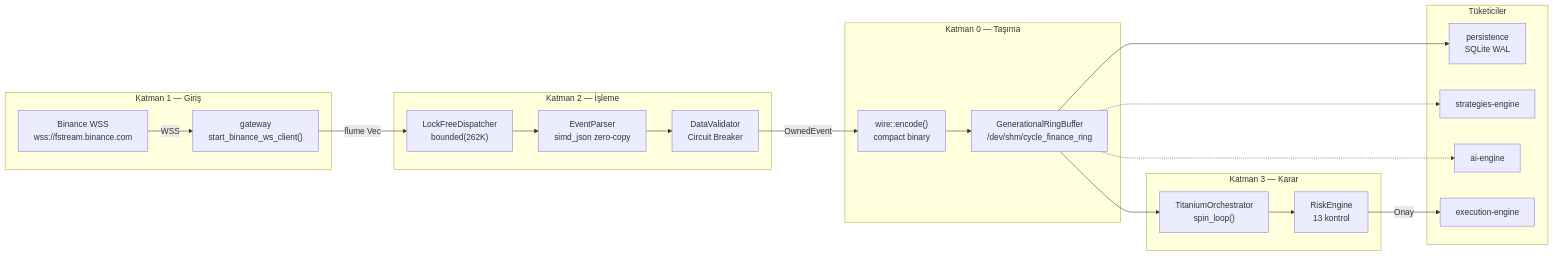
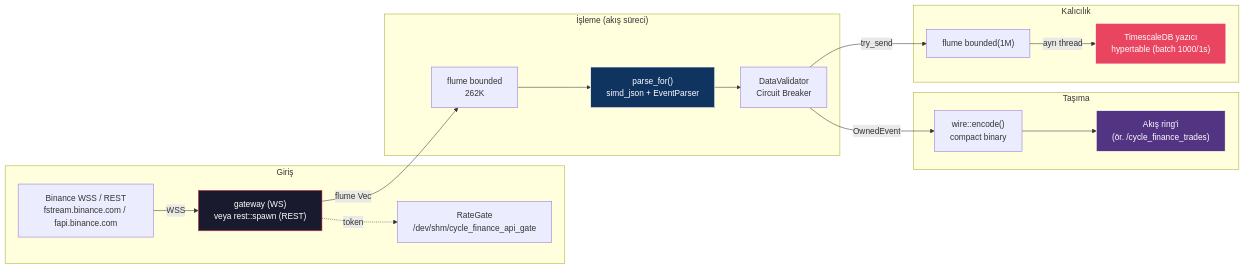
Before and after one commit to Quant-Trade-Lab-Community/cycle_finance_bot: the eighth of 10 diagrams in cycle-engine/cycle_engine_architecture.md, drawn with Mermaid. The commit also changed other lines of this file and 105 other files, not shown here.

Commit message:
feat: flows veri hattı — 8 bağımsız akış (WS/REST → ring → TimescaleDB), rate gate, REST fallback + weight izleme; price-feed kaldırıldı; ai-engine & unused_services Desktop'a taşındı

````diff
--- a/cycle-engine/cycle_engine_architecture.md
+++ b/cycle-engine/cycle_engine_architecture.md
@@ -417,43 +542,39 @@
 ```mermaid
 flowchart LR
-    subgraph "Katman 1 — Giriş"
-        BN["Binance WSS<br/>wss://fstream.binance.com"]
-        GW["gateway<br/>start_binance_ws_client()"]
+    subgraph "Giriş"
+        BN["Binance WSS / REST<br/>fstream.binance.com / fapi.binance.com"]
+        GW["gateway (WS)<br/>veya rest::spawn (REST)"]
+        RG["RateGate<br/>/dev/shm/cycle_finance_api_gate"]
     end
     
-    subgraph "Katman 2 — İşleme"
-        Q["LockFreeDispatcher<br/>bounded(262K)"]
-        EP["EventParser<br/>simd_json zero-copy"]
+    subgraph "İşleme (akış süreci)"
+        Q["flume bounded<br/>262K"]
+        EP["parse_for()<br/>simd_json + EventParser"]
         DV["DataValidator<br/>Circuit Breaker"]
     end
     
-    subgraph "Katman 0 — Taşıma"
+    subgraph "Taşıma"
         WE["wire::encode()<br/>compact binary"]
-        RB["GenerationalRingBuffer<br/>/dev/shm/cycle_finance_ring"]
+        RB["Akış ring'i<br/>(ör. /cycle_finance_trades)"]
     end
     
-    subgraph "Katman 3 — Karar"
-        TO["TitaniumOrchestrator<br/>spin_loop()"]
-        RE["RiskEngine<br/>13 kontrol"]
-    end
-    
-    subgraph "Tüketiciler"
-        DB["persistence<br/>SQLite WAL"]
-        ST["strategies-engine"]
-        AI["ai-engine"]
-        EX["execution-engine"]
+    subgraph "Kalıcılık"
+        DBQ["flume bounded(1M)"]
+        DB["TimescaleDB yazıcı<br/>hypertable (batch 1000/1s)"]
     end
 
     BN -->|WSS| GW
+    GW -.->|"token"| RG
     GW -->|"flume Vec<u8>"| Q
     Q --> EP
     EP --> DV
     DV -->|OwnedEvent| WE
     WE --> RB
-    RB --> TO
-    RB --> DB
-    TO --> RE
-    RE -->|Onay| EX
-    RB -.-> ST
-    RB -.-> AI
+    DV -->|"try_send"| DBQ
+    DBQ -->|"ayrı thread"| DB
+
+    style GW fill:#1a1a2e,stroke:#e94560,color:#fff
+    style EP fill:#0f3460,stroke:#fff,color:#fff
+    style RB fill:#533483,stroke:#fff,color:#fff
+    style DB fill:#e94560,stroke:#fff,color:#fff
 ```
````
